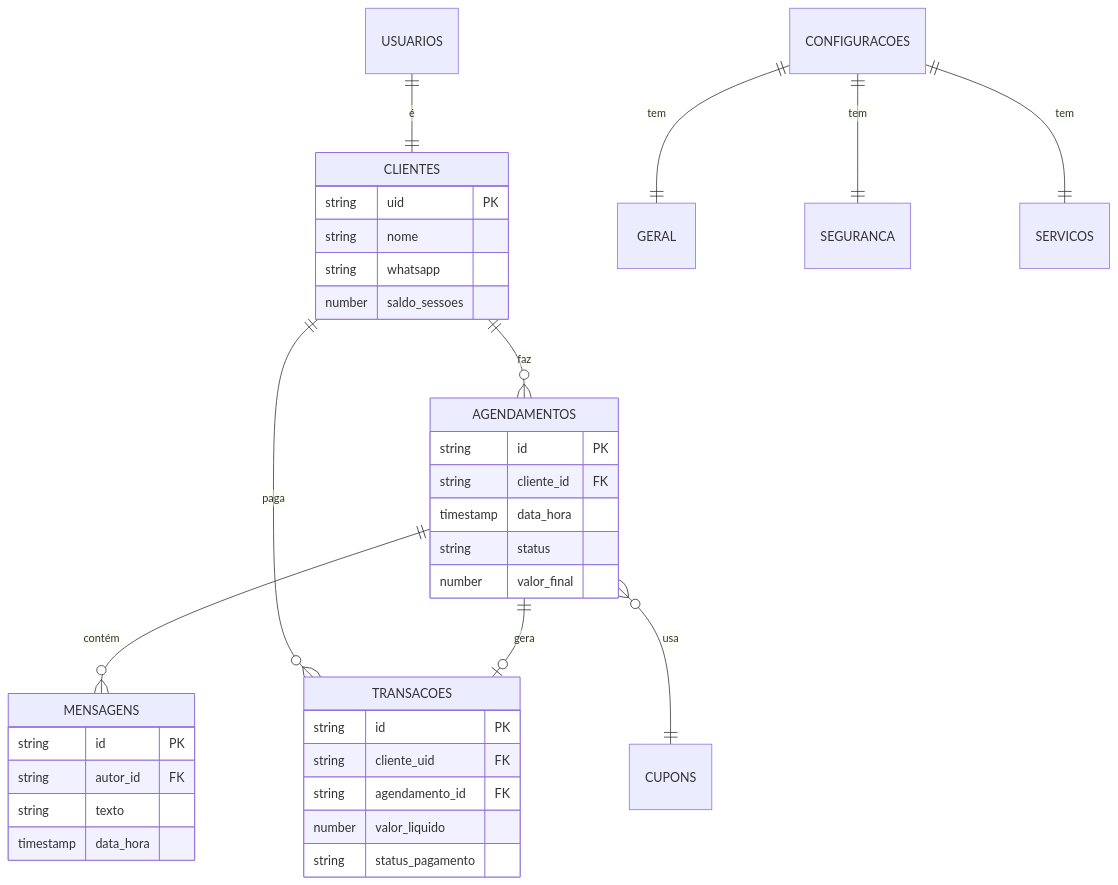
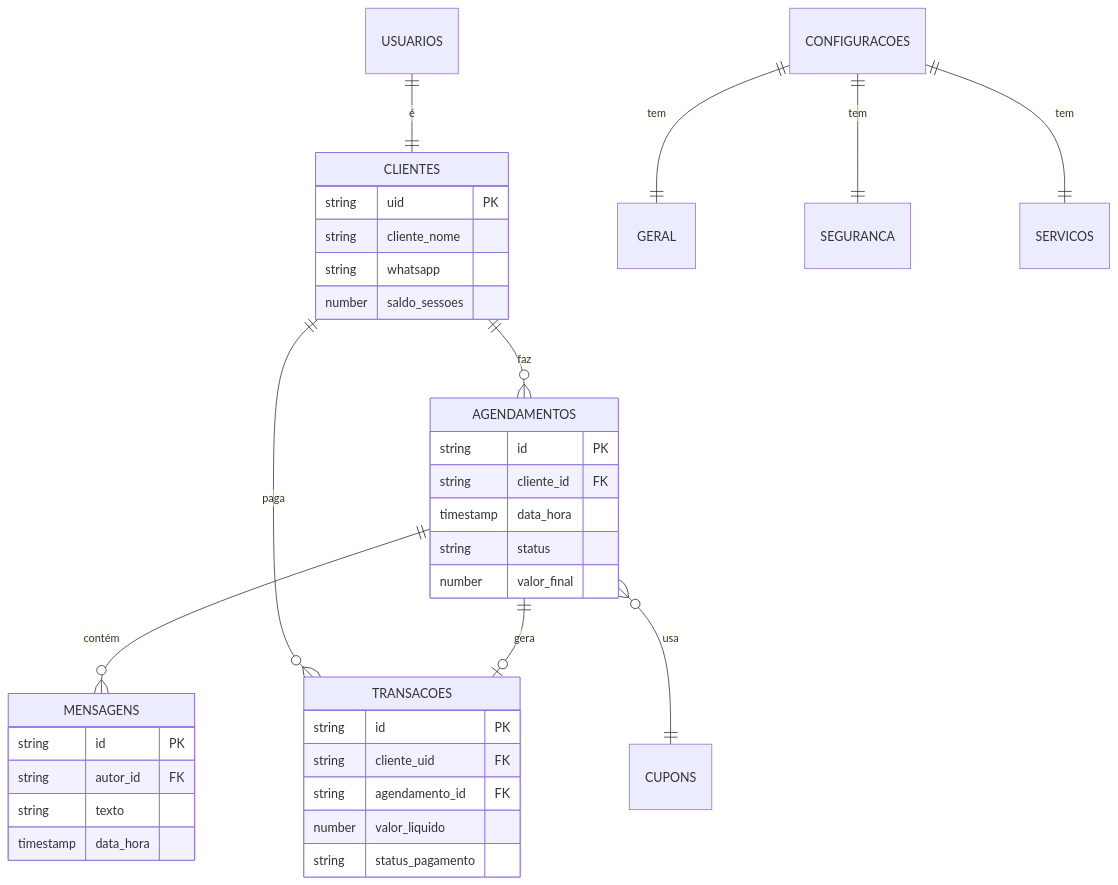
Before and after one commit to AllandreGirodo/sagma: the second of 2 diagrams in ESTRUTURA_FIRESTORE.md, drawn with Mermaid. The commit also changed other lines of this file and 43 other files, not shown here.

````diff
--- a/ESTRUTURA_FIRESTORE.md
+++ b/ESTRUTURA_FIRESTORE.md
@@ -438,42 +438,42 @@
 ```mermaid
 erDiagram
     CLIENTES ||--o{ AGENDAMENTOS : "faz"
     CLIENTES ||--o{ TRANSACOES : "paga"
     AGENDAMENTOS ||--o{ MENSAGENS : "contém"
     AGENDAMENTOS ||--o| TRANSACOES : "gera"
     AGENDAMENTOS }o--|| CUPONS : "usa"
     USUARIOS ||--|| CLIENTES : "é"
     CONFIGURACOES ||--|| GERAL : "tem"
     CONFIGURACOES ||--|| SEGURANCA : "tem"
     CONFIGURACOES ||--|| SERVICOS : "tem"
     
     CLIENTES {
         string uid PK
-        string nome
+        string cliente_nome
         string whatsapp
         number saldo_sessoes
     }
     
     AGENDAMENTOS {
         string id PK
         string cliente_id FK
         timestamp data_hora
         string status
         number valor_final
     }
     
     TRANSACOES {
         string id PK
         string cliente_uid FK
         string agendamento_id FK
         number valor_liquido
         string status_pagamento
     }
     
     MENSAGENS {
         string id PK
         string autor_id FK
         string texto
         timestamp data_hora
     }
 ```
````
